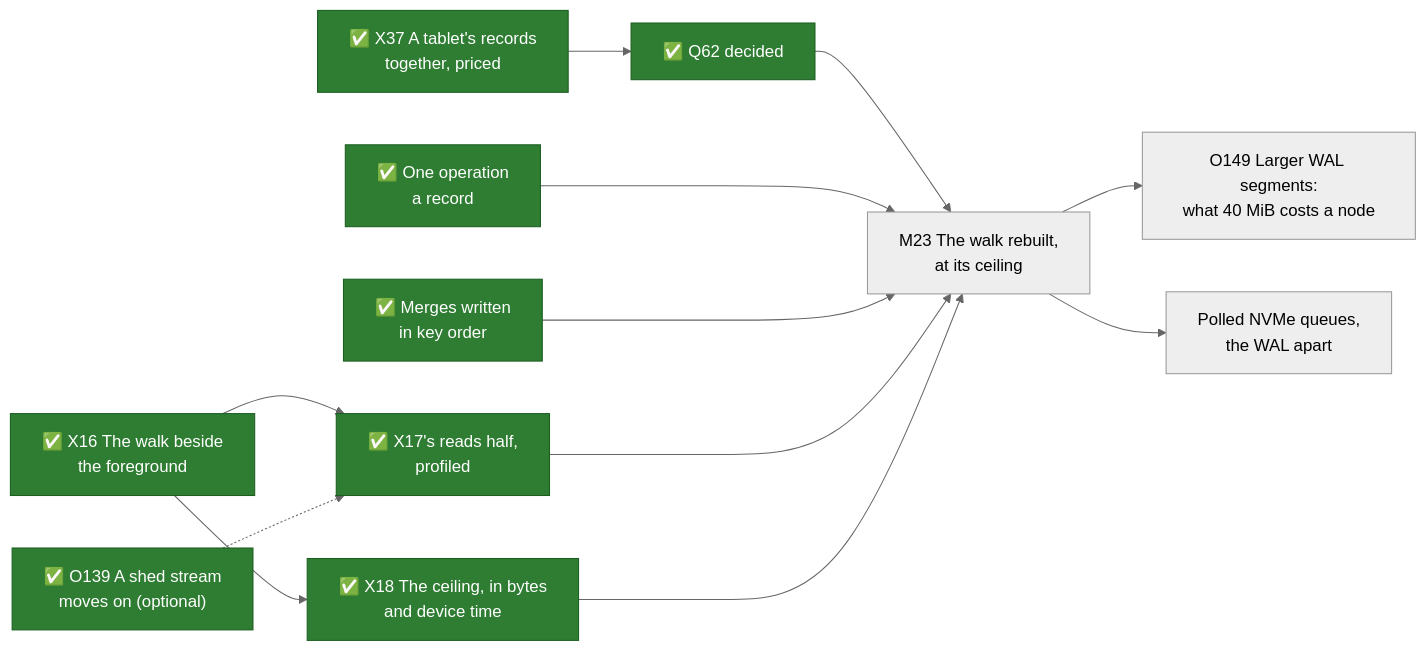
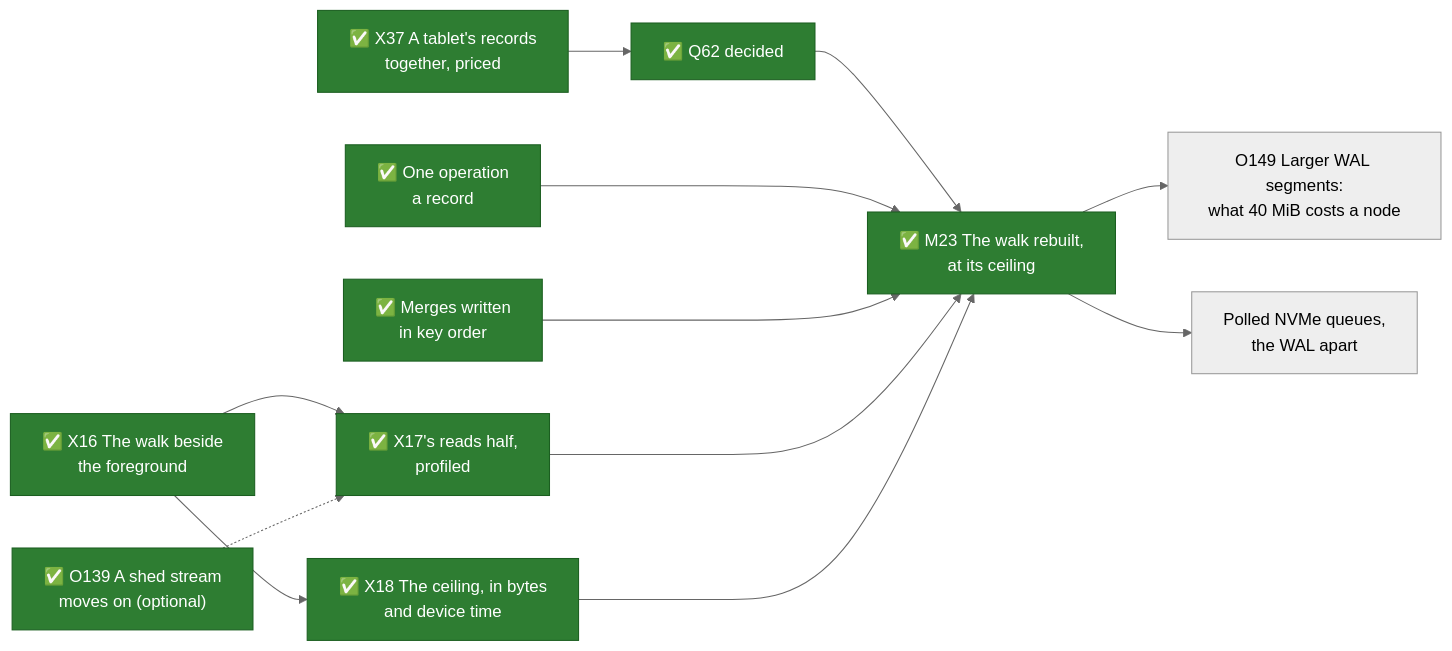
One commit to mjcarson/shoal changed the diagram in docs/src/future-work/scans/scan-speed.md. Above: the diagram before and after it, drawn with Mermaid (neutral theme). The commit also changed 14 other files, not shown here.

````diff
--- a/docs/src/future-work/scans/scan-speed.md
+++ b/docs/src/future-work/scans/scan-speed.md
@@ -378,25 +378,25 @@
 ```mermaid
 flowchart LR
     classDef done fill:#2e7d32,stroke:#1b5e20,color:#ffffff
     X16["✅ X16 The walk beside<br>the foreground"]:::done
     Shed["✅ O139 A shed stream<br>moves on (optional)"]:::done
     Read1["✅ One operation<br>a record"]:::done
     Sorted["✅ Merges written<br>in key order"]:::done
     X37["✅ X37 A tablet's records<br>together, priced"]:::done
     X17["✅ X17's reads half,<br>profiled"]:::done
     X18["✅ X18 The ceiling, in bytes<br>and device time"]:::done
     Q62["✅ Q62 decided"]:::done
-    M23["M23 The walk rebuilt,<br>at its ceiling"]
+    M23["✅ M23 The walk rebuilt,<br>at its ceiling"]:::done
     X16 --> X17
     X16 --> X18
     Shed -.-> X17
     X37 --> Q62 --> M23
     Read1 ---> M23
     Sorted ---> M23
     X17 ---> M23
     X18 ---> M23
     Blocks["O149 Larger WAL segments:<br>what 40 MiB costs a node"]
     Host["Polled NVMe queues,<br>the WAL apart"]
     M23 --> Blocks
     M23 --> Host
 ```
````
